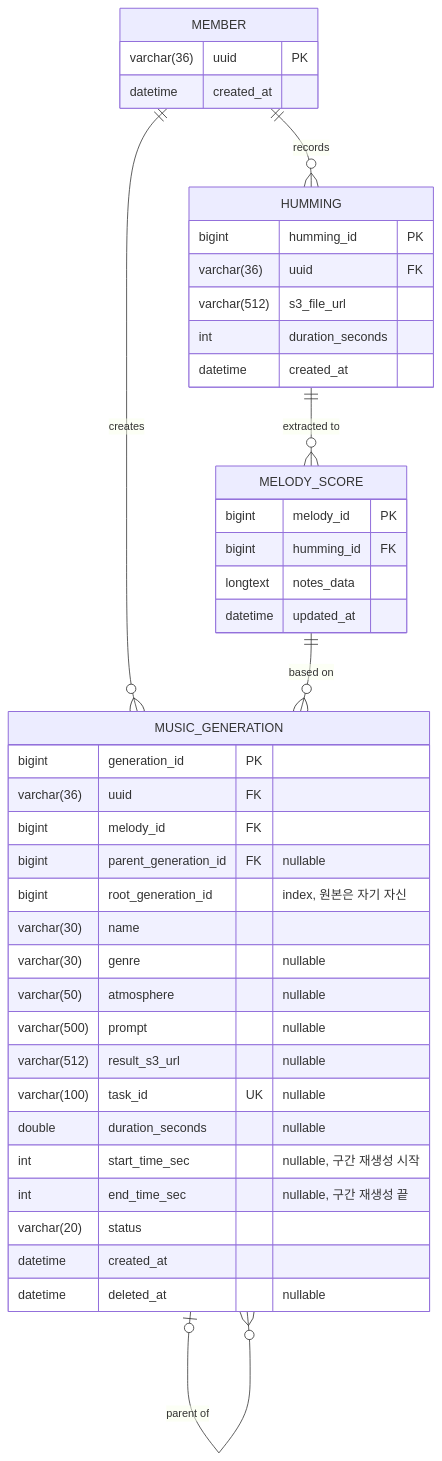
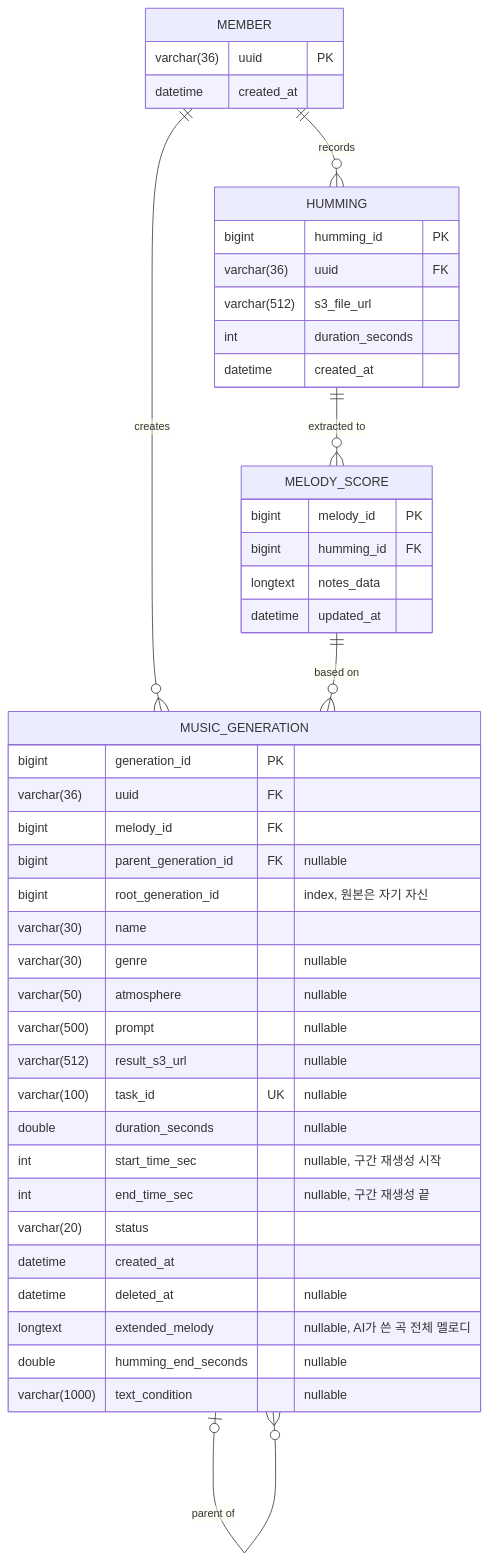
Before and after one commit to Humix-Project/humix-backend: the diagram in infra/db/ERD.md, drawn with Mermaid. The commit also changed other lines of this file and 4 other files, not shown here.

````diff
--- a/infra/db/ERD.md
+++ b/infra/db/ERD.md
@@ -6,48 +6,51 @@
 ```mermaid
 erDiagram
     MEMBER ||--o{ HUMMING : "records"
     MEMBER ||--o{ MUSIC_GENERATION : "creates"
     HUMMING ||--o{ MELODY_SCORE : "extracted to"
     MELODY_SCORE ||--o{ MUSIC_GENERATION : "based on"
     MUSIC_GENERATION |o--o{ MUSIC_GENERATION : "parent of"
 
     MEMBER {
         varchar(36) uuid PK
         datetime created_at
     }
 
     HUMMING {
         bigint humming_id PK
         varchar(36) uuid FK
         varchar(512) s3_file_url
         int duration_seconds
         datetime created_at
     }
 
     MELODY_SCORE {
         bigint melody_id PK
         bigint humming_id FK
         longtext notes_data
         datetime updated_at
     }
 
     MUSIC_GENERATION {
         bigint generation_id PK
         varchar(36) uuid FK
         bigint melody_id FK
         bigint parent_generation_id FK "nullable"
         bigint root_generation_id "index, 원본은 자기 자신"
         varchar(30) name
         varchar(30) genre "nullable"
         varchar(50) atmosphere "nullable"
         varchar(500) prompt "nullable"
         varchar(512) result_s3_url "nullable"
         varchar(100) task_id UK "nullable"
         double duration_seconds "nullable"
         int start_time_sec "nullable, 구간 재생성 시작"
         int end_time_sec "nullable, 구간 재생성 끝"
         varchar(20) status
         datetime created_at
         datetime deleted_at "nullable"
+        longtext extended_melody "nullable, AI가 쓴 곡 전체 멜로디"
+        double humming_end_seconds "nullable"
+        varchar(1000) text_condition "nullable"
     }
 ```
````
